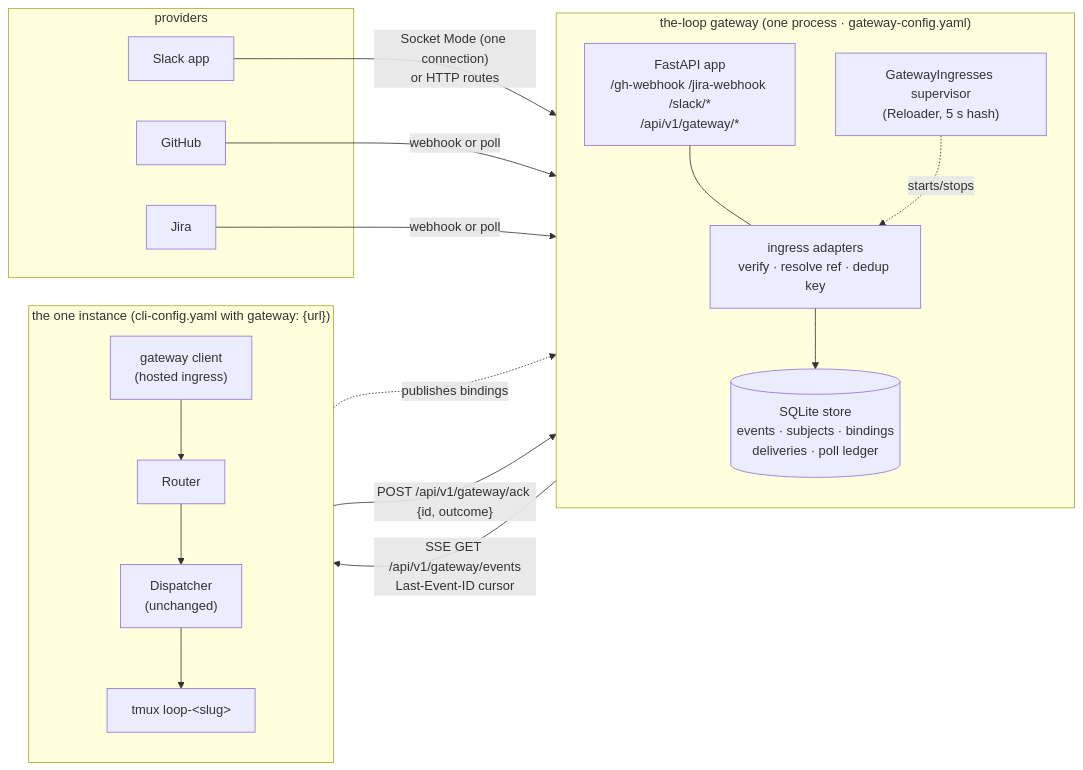
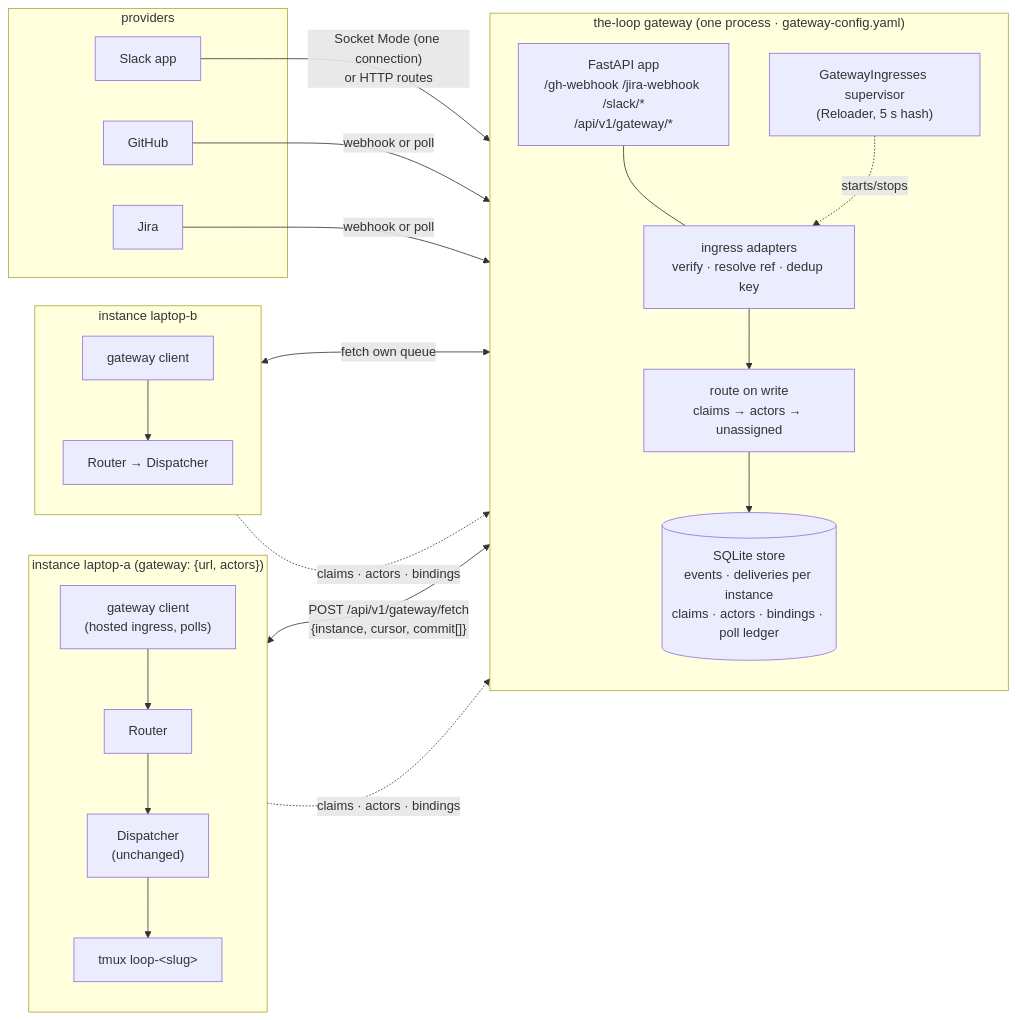
Before and after one commit to MadaraUchiha-314/the-loop: the first of 3 diagrams in docs/specs/issue-496/design.md, drawn with Mermaid. The commit also changed other lines of this file and 2 other files, not shown here.

First line of the commit message:
docs(issue-496): design + testing plan — re-derive for pull consumption and per-instance queues

````diff
--- a/docs/specs/issue-496/design.md
+++ b/docs/specs/issue-496/design.md
@@ -48,27 +53,33 @@
 ```mermaid
 flowchart LR
   subgraph providers["providers"]
     SL["Slack app"]; GH["GitHub"]; JI["Jira"]
   end
   subgraph gw["the-loop gateway (one process · gateway-config.yaml)"]
     direction TB
     IN["ingress adapters<br/>verify · resolve ref · dedup key"]
-    ST[("SQLite store<br/>events · subjects · bindings<br/>deliveries · poll ledger")]
+    RT["route on write<br/>claims → actors → unassigned"]
+    ST[("SQLite store<br/>events · deliveries per instance<br/>claims · actors · bindings · poll ledger")]
     API["FastAPI app<br/>/gh-webhook /jira-webhook /slack/*<br/>/api/v1/gateway/*"]
     SUP["GatewayIngresses supervisor<br/>(Reloader, 5 s hash)"]
-    IN --> ST
+    IN --> RT --> ST
     API --- IN
     SUP -. starts/stops .-> IN
   end
-  subgraph inst["the one instance (cli-config.yaml with gateway: {url})"]
+  subgraph instA["instance laptop-a (gateway: {url, actors})"]
     direction TB
-    CL["gateway client<br/>(hosted ingress)"] --> R["Router"] --> D["Dispatcher<br/>(unchanged)"]
-    D --> TM["tmux loop-&lt;slug&gt;"]
-    CL -. publishes bindings .-> API
+    CLA["gateway client<br/>(hosted ingress, polls)"] --> RA["Router"] --> DA["Dispatcher<br/>(unchanged)"]
+    DA --> TMA["tmux loop-&lt;slug&gt;"]
+  end
+  subgraph instB["instance laptop-b"]
+    direction TB
+    CLB["gateway client"] --> DB["Router → Dispatcher"]
   end
   SL -->|"Socket Mode (one connection)<br/>or HTTP routes"| IN
   GH -->|"webhook or poll"| IN
   JI -->|"webhook or poll"| IN
-  ST -->|"SSE GET /api/v1/gateway/events<br/>Last-Event-ID cursor"| CL
-  CL -->|"POST /api/v1/gateway/ack {id, outcome}"| ST
+  CLA <-->|"POST /api/v1/gateway/fetch<br/>{instance, cursor, commit[]}"| ST
+  CLB <-->|"fetch own queue"| ST
+  CLA -. claims · actors · bindings .-> API
+  CLB -. claims · actors · bindings .-> API
 ```
````
